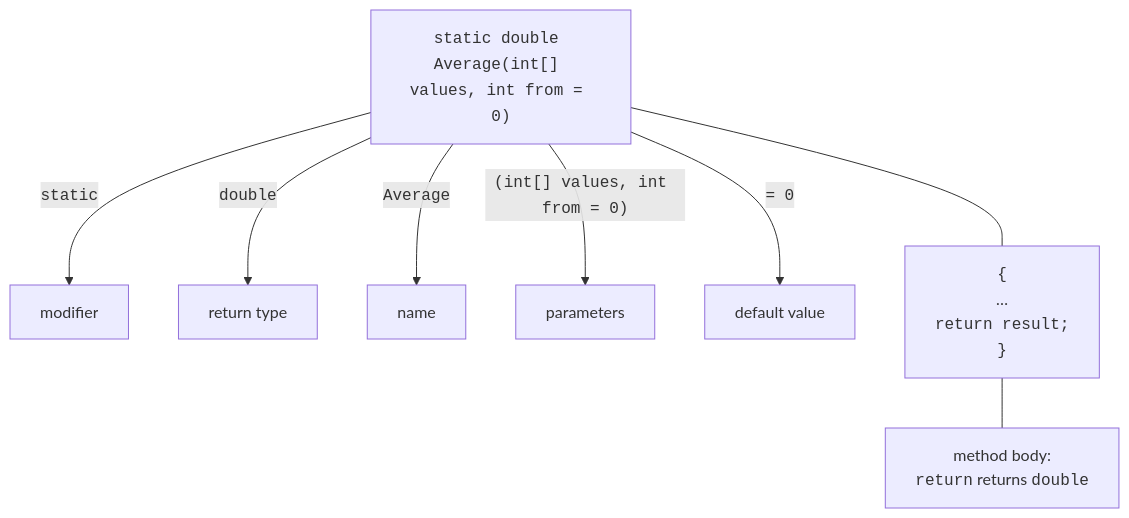
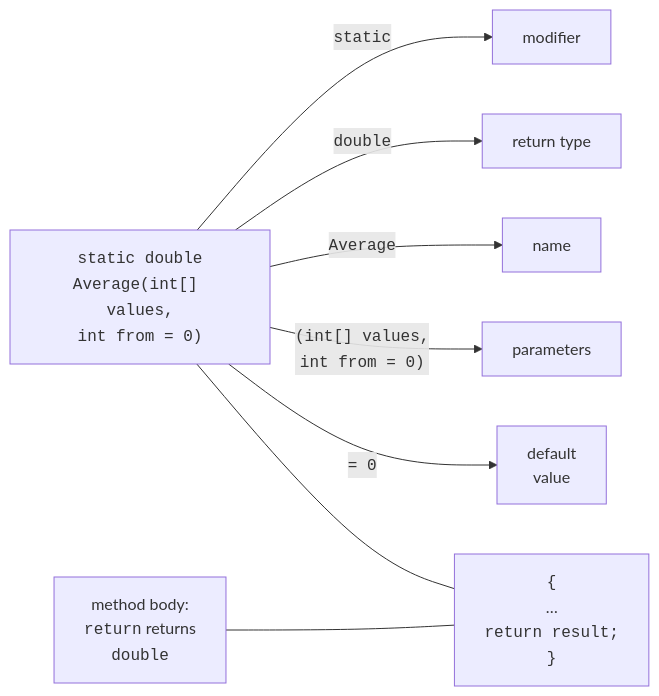
One commit to musicvano/Blog changed the diagram in src/courses/csharp/05-methods/method-basics.md. Above: the diagram before and after it, drawn with Mermaid. The commit also changed other lines of this file and 583 other files, not shown here.

````diff
--- a/src/courses/csharp/05-methods/method-basics.md
+++ b/src/courses/csharp/05-methods/method-basics.md
@@ -31,11 +31,11 @@
 ```mermaid
-flowchart TD
-  SIG["<code>static double Average(int[] values, int from = 0)</code>"]
+flowchart LR
+  SIG["<code>static double</code><br><code>Average(int[] values,</code><br><code>int from = 0)</code>"]
   SIG -->|<code>static</code>| MOD["modifier"]
   SIG -->|<code>double</code>| RET["return type"]
   SIG -->|<code>Average</code>| NAME["name"]
-  SIG -->|"<code>(int[] values, int from = 0)</code>"| PAR["parameters"]
-  SIG -->|"<code>= 0</code>"| DEF["default value"]
+  SIG -->|"<code>(int[] values,</code><br><code>int from = 0)</code>"| PAR["parameters"]
+  SIG -->|"<code>= 0</code>"| DEF["default<br>value"]
   SIG --- BODY["<code>{</code><br>…<br><code>return result;</code><br><code>}</code>"]
-  BODY --- BN["method body:<br><code>return</code> returns <code>double</code>"]
+  BN["method body:<br><code>return</code> returns<br><code>double</code>"] --- BODY
 ```
````
